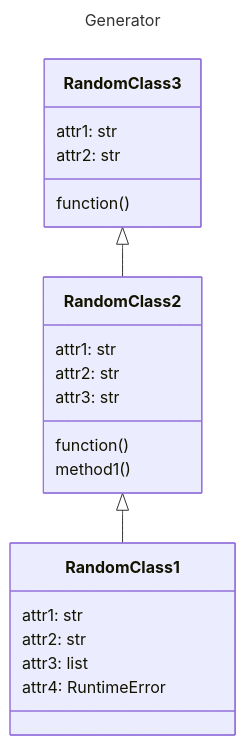
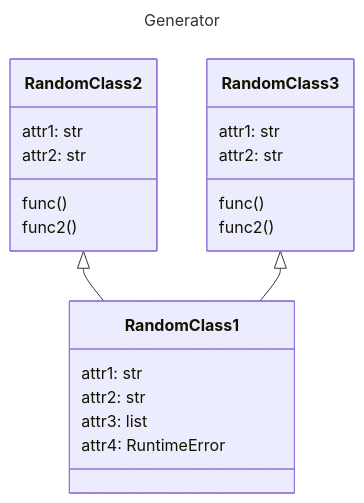
One commit to oanoshyn/diagrammachine changed the diagram in out.mmd. Above: the diagram before and after it, drawn with Mermaid. The commit also changed 3 other files, not shown here.

```diff
--- a/out.mmd
+++ b/out.mmd
@@ -1,36 +1,36 @@
 ---
 title: Generator
 ---
 classDiagram
 
 RandomClass2 <|-- RandomClass1
 
 class RandomClass2 { 
 attr1: str
 attr2: str
-attr3: str
 
-function()
-method1()
+func()
+func2()
 
 }
 
-RandomClass3 <|-- RandomClass2
+RandomClass3 <|-- RandomClass1
 
 class RandomClass3 { 
 attr1: str
 attr2: str
 
-function()
+func()
+func2()
 
 }
 
 
 class RandomClass1 { 
 attr1: str
 attr2: str
 attr3: list
 attr4: RuntimeError
 
 
 }
```
